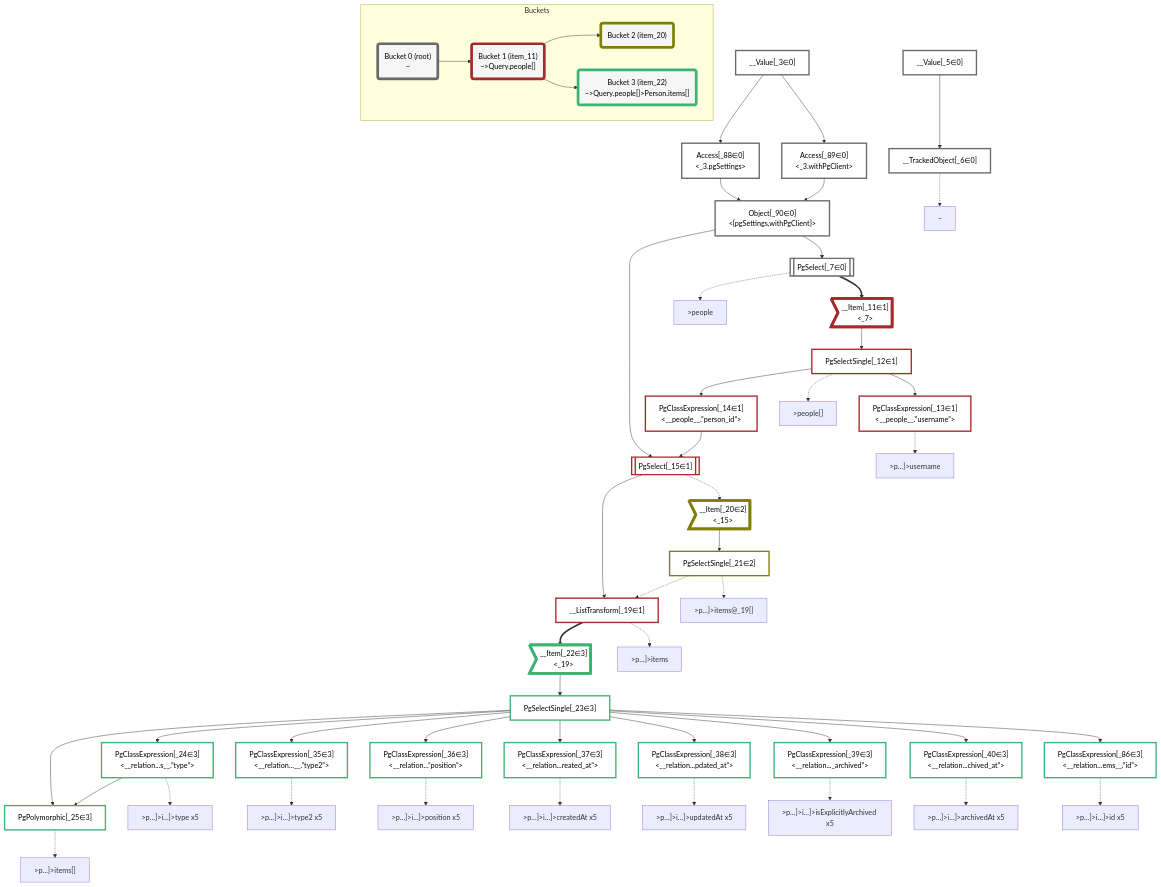
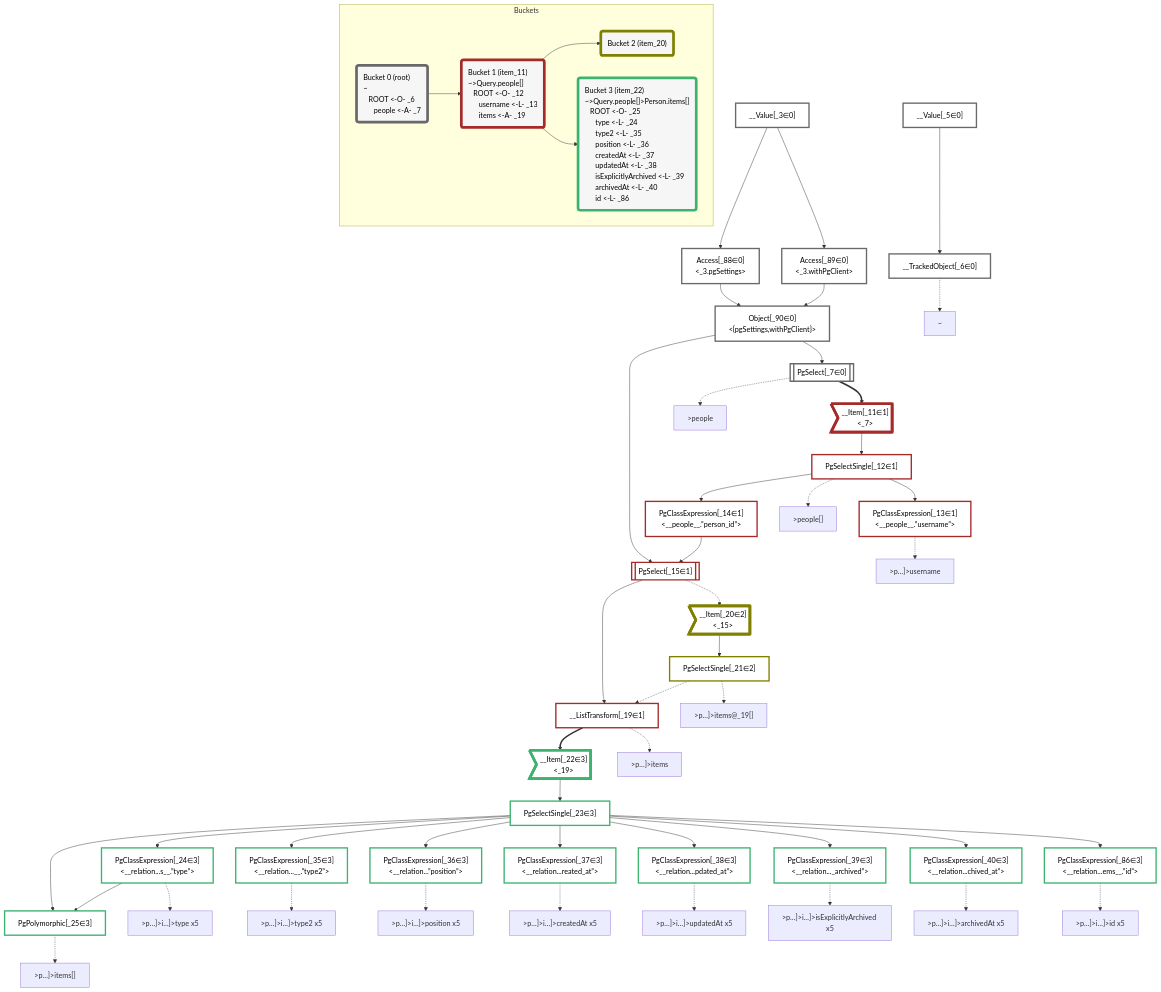
One commit to graphile/crystal changed the diagram in packages/dataplan-pg/__tests__/queries/interfaces-relational/basics.deopt.mermaid.md. Above: the diagram before and after it, drawn with Mermaid. The commit also changed 195 other files, not shown here.

```diff
--- a/packages/dataplan-pg/__tests__/queries/interfaces-relational/basics.deopt.mermaid.md
+++ b/packages/dataplan-pg/__tests__/queries/interfaces-relational/basics.deopt.mermaid.md
@@ -4,7 +4,7 @@
     classDef plan fill:#fff,stroke-width:3px,color:#000
     classDef itemplan fill:#fff,stroke-width:6px,color:#000
     classDef sideeffectplan fill:#f00,stroke-width:6px,color:#000
-    classDef bucket fill:#f6f6f6,color:#000,stroke-width:6px
+    classDef bucket fill:#f6f6f6,color:#000,stroke-width:6px,text-align:left
 
 
     %% define plans
@@ -108,15 +108,15 @@
     class __Item_22,PgSelectSingle_23,PgClassExpression_24,PgPolymorphic_25,PgClassExpression_35,PgClassExpression_36,PgClassExpression_37,PgClassExpression_38,PgClassExpression_39,PgClassExpression_40,PgClassExpression_86 bucket3
 
     subgraph Buckets
-    Bucket0("Bucket 0 (root)<br />~"):::bucket
+    Bucket0("Bucket 0 (root)<br />~<br />⠀ROOT <-O- _6<br />⠀⠀people <-A- _7"):::bucket
     style Bucket0 stroke:#696969
-    Bucket1("Bucket 1 (item_11)<br />~>Query.people[]"):::bucket
+    Bucket1("Bucket 1 (item_11)<br />~>Query.people[]<br />⠀ROOT <-O- _12<br />⠀⠀username <-L- _13<br />⠀⠀items <-A- _19"):::bucket
     style Bucket1 stroke:#a52a2a
     Bucket0 --> Bucket1
     Bucket2("Bucket 2 (item_20)"):::bucket
     style Bucket2 stroke:#808000
     Bucket1 --> Bucket2
-    Bucket3("Bucket 3 (item_22)<br />~>Query.people[]>Person.items[]"):::bucket
+    Bucket3("Bucket 3 (item_22)<br />~>Query.people[]>Person.items[]<br />⠀ROOT <-O- _25<br />⠀⠀type <-L- _24<br />⠀⠀type2 <-L- _35<br />⠀⠀position <-L- _36<br />⠀⠀createdAt <-L- _37<br />⠀⠀updatedAt <-L- _38<br />⠀⠀isExplicitlyArchived <-L- _39<br />⠀⠀archivedAt <-L- _40<br />⠀⠀id <-L- _86"):::bucket
     style Bucket3 stroke:#3cb371
     Bucket1 --> Bucket3
     end
```
